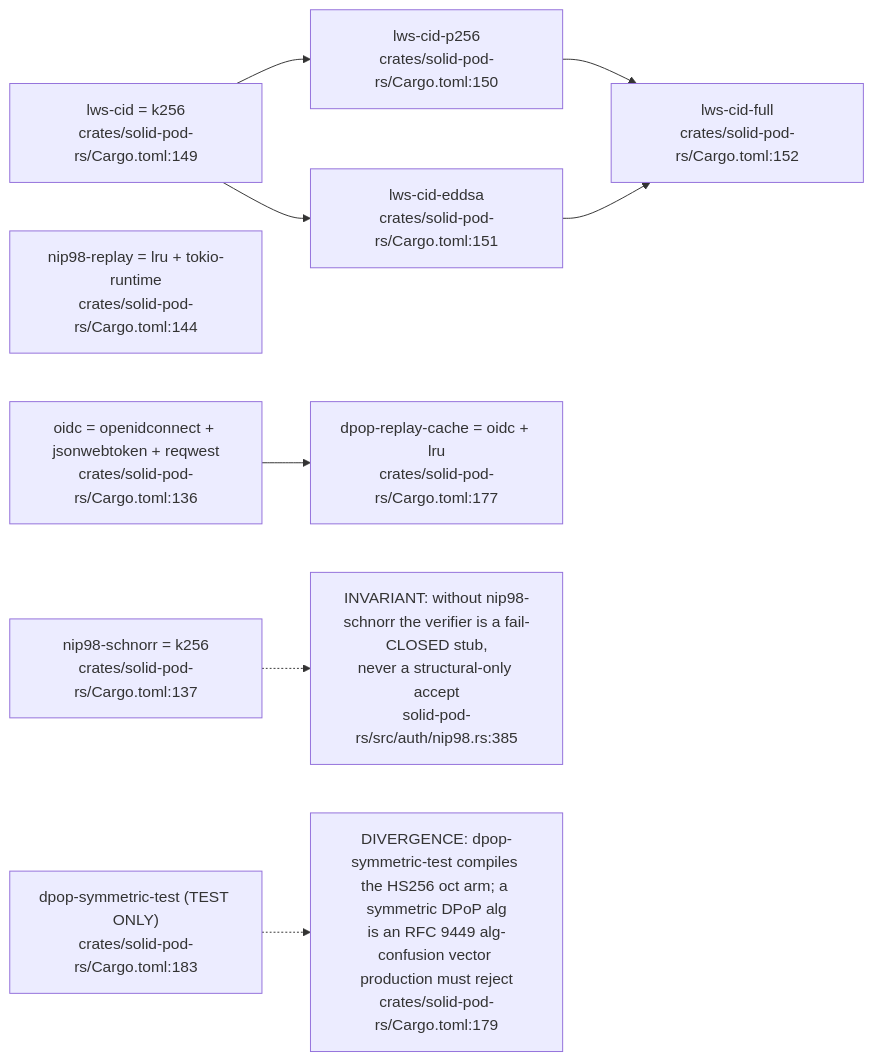
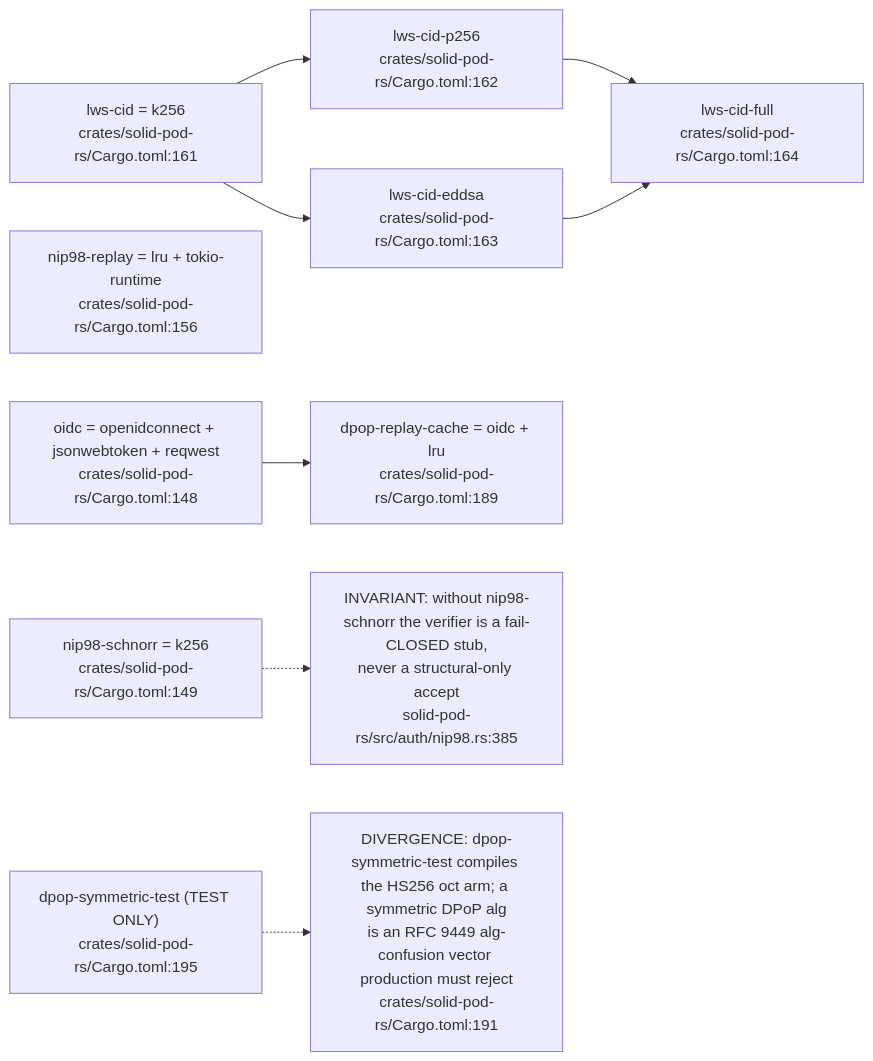
One commit to DreamLab-AI/VisionFlow changed the fourth of 12 diagrams in docs/diagrams/solid-pod-rs/01-workspace-composition.md. Above: the diagram before and after it, drawn with Mermaid. The commit also changed other lines of this file, not shown here.

First line of the commit message:
docs(diagrams): SP-01 re-verified at solid-pod-rs a28a748

````diff
--- a/docs/diagrams/solid-pod-rs/01-workspace-composition.md
+++ b/docs/diagrams/solid-pod-rs/01-workspace-composition.md
@@ -142,23 +146,23 @@
 ```mermaid
 flowchart LR
-    NIP98S["nip98-schnorr = k256<br/>crates/solid-pod-rs/Cargo.toml:137"]
-    NIP98R["nip98-replay = lru + tokio-runtime<br/>crates/solid-pod-rs/Cargo.toml:144"]
-    LWS["lws-cid = k256<br/>crates/solid-pod-rs/Cargo.toml:149"]
-    LWSP["lws-cid-p256<br/>crates/solid-pod-rs/Cargo.toml:150"]
-    LWSE["lws-cid-eddsa<br/>crates/solid-pod-rs/Cargo.toml:151"]
-    LWSF["lws-cid-full<br/>crates/solid-pod-rs/Cargo.toml:152"]
-    OIDCF["oidc = openidconnect + jsonwebtoken + reqwest<br/>crates/solid-pod-rs/Cargo.toml:136"]
-    DPOPR["dpop-replay-cache = oidc + lru<br/>crates/solid-pod-rs/Cargo.toml:177"]
-    DPOPT["dpop-symmetric-test (TEST ONLY)<br/>crates/solid-pod-rs/Cargo.toml:183"]
+    NIP98S["nip98-schnorr = k256<br/>crates/solid-pod-rs/Cargo.toml:149"]
+    NIP98R["nip98-replay = lru + tokio-runtime<br/>crates/solid-pod-rs/Cargo.toml:156"]
+    LWS["lws-cid = k256<br/>crates/solid-pod-rs/Cargo.toml:161"]
+    LWSP["lws-cid-p256<br/>crates/solid-pod-rs/Cargo.toml:162"]
+    LWSE["lws-cid-eddsa<br/>crates/solid-pod-rs/Cargo.toml:163"]
+    LWSF["lws-cid-full<br/>crates/solid-pod-rs/Cargo.toml:164"]
+    OIDCF["oidc = openidconnect + jsonwebtoken + reqwest<br/>crates/solid-pod-rs/Cargo.toml:148"]
+    DPOPR["dpop-replay-cache = oidc + lru<br/>crates/solid-pod-rs/Cargo.toml:189"]
+    DPOPT["dpop-symmetric-test (TEST ONLY)<br/>crates/solid-pod-rs/Cargo.toml:195"]
 
     LWS --> LWSP
     LWS --> LWSE
     LWSP --> LWSF
     LWSE --> LWSF
     OIDCF --> DPOPR
 
     G1["INVARIANT: without nip98-schnorr the verifier is a fail-CLOSED stub,<br/>never a structural-only accept<br/>solid-pod-rs/src/auth/nip98.rs:385"]
     NIP98S -.-> G1
-    G2["DIVERGENCE: dpop-symmetric-test compiles the HS256 oct arm; a symmetric DPoP alg<br/>is an RFC 9449 alg-confusion vector production must reject<br/>crates/solid-pod-rs/Cargo.toml:179"]
+    G2["DIVERGENCE: dpop-symmetric-test compiles the HS256 oct arm; a symmetric DPoP alg<br/>is an RFC 9449 alg-confusion vector production must reject<br/>crates/solid-pod-rs/Cargo.toml:191"]
     DPOPT -.-> G2
 ```
````
